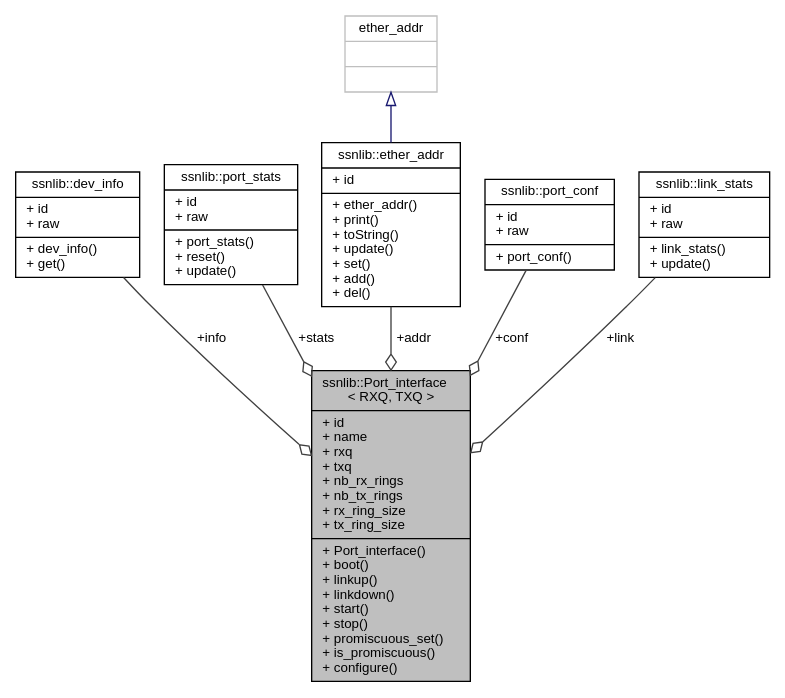
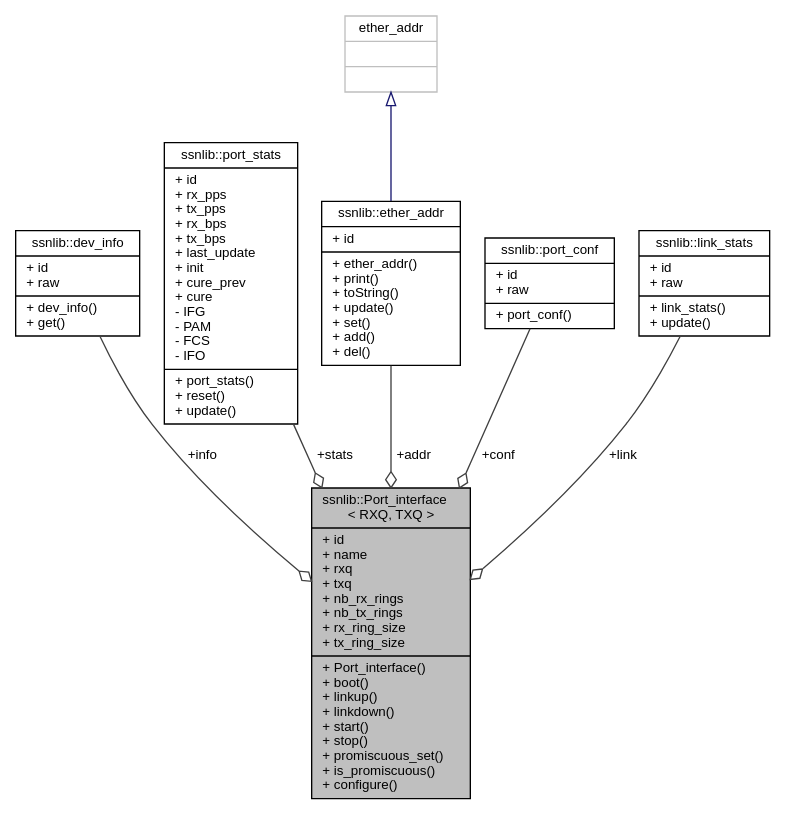
One commit to susanoog/susanoog.github.io changed the diagram in api/classssnlib_1_1Port__interface__coll__graph.dot. Above: the diagram before and after it, drawn with Graphviz. The commit also changed 131 other files, not shown here.

```diff
--- a/api/classssnlib_1_1Port__interface__coll__graph.dot
+++ b/api/classssnlib_1_1Port__interface__coll__graph.dot
@@ -1,18 +1,18 @@
 digraph "ssnlib::Port_interface&lt; RXQ, TXQ &gt;"
 {
   edge [fontname="Helvetica",fontsize="10",labelfontname="Helvetica",labelfontsize="10"];
   node [fontname="Helvetica",fontsize="10",shape=record];
   Node1 [label="{ssnlib::Port_interface\l\< RXQ, TXQ \>\n|+ id\l+ name\l+ rxq\l+ txq\l+ nb_rx_rings\l+ nb_tx_rings\l+ rx_ring_size\l+ tx_ring_size\l|+ Port_interface()\l+ boot()\l+ linkup()\l+ linkdown()\l+ start()\l+ stop()\l+ promiscuous_set()\l+ is_promiscuous()\l+ configure()\l}",height=0.2,width=0.4,color="black", fillcolor="grey75", style="filled", fontcolor="black"];
   Node2 -> Node1 [color="grey25",fontsize="10",style="solid",label=" +info" ,arrowhead="odiamond",fontname="Helvetica"];
   Node2 [label="{ssnlib::dev_info\n|+ id\l+ raw\l|+ dev_info()\l+ get()\l}",height=0.2,width=0.4,color="black", fillcolor="white", style="filled",URL="$classssnlib_1_1dev__info.html"];
   Node3 -> Node1 [color="grey25",fontsize="10",style="solid",label=" +stats" ,arrowhead="odiamond",fontname="Helvetica"];
-  Node3 [label="{ssnlib::port_stats\n|+ id\l+ raw\l|+ port_stats()\l+ reset()\l+ update()\l}",height=0.2,width=0.4,color="black", fillcolor="white", style="filled",URL="$classssnlib_1_1port__stats.html"];
+  Node3 [label="{ssnlib::port_stats\n|+ id\l+ rx_pps\l+ tx_pps\l+ rx_bps\l+ tx_bps\l+ last_update\l+ init\l+ cure_prev\l+ cure\l- IFG\l- PAM\l- FCS\l- IFO\l|+ port_stats()\l+ reset()\l+ update()\l}",height=0.2,width=0.4,color="black", fillcolor="white", style="filled",URL="$classssnlib_1_1port__stats.html"];
   Node4 -> Node1 [color="grey25",fontsize="10",style="solid",label=" +addr" ,arrowhead="odiamond",fontname="Helvetica"];
   Node4 [label="{ssnlib::ether_addr\n|+ id\l|+ ether_addr()\l+ print()\l+ toString()\l+ update()\l+ set()\l+ add()\l+ del()\l}",height=0.2,width=0.4,color="black", fillcolor="white", style="filled",URL="$classssnlib_1_1ether__addr.html"];
   Node5 -> Node4 [dir="back",color="midnightblue",fontsize="10",style="solid",arrowtail="onormal",fontname="Helvetica"];
   Node5 [label="{ether_addr\n||}",height=0.2,width=0.4,color="grey75", fillcolor="white", style="filled"];
   Node6 -> Node1 [color="grey25",fontsize="10",style="solid",label=" +conf" ,arrowhead="odiamond",fontname="Helvetica"];
   Node6 [label="{ssnlib::port_conf\n|+ id\l+ raw\l|+ port_conf()\l}",height=0.2,width=0.4,color="black", fillcolor="white", style="filled",URL="$classssnlib_1_1port__conf.html"];
   Node7 -> Node1 [color="grey25",fontsize="10",style="solid",label=" +link" ,arrowhead="odiamond",fontname="Helvetica"];
   Node7 [label="{ssnlib::link_stats\n|+ id\l+ raw\l|+ link_stats()\l+ update()\l}",height=0.2,width=0.4,color="black", fillcolor="white", style="filled",URL="$classssnlib_1_1link__stats.html"];
 }
```
